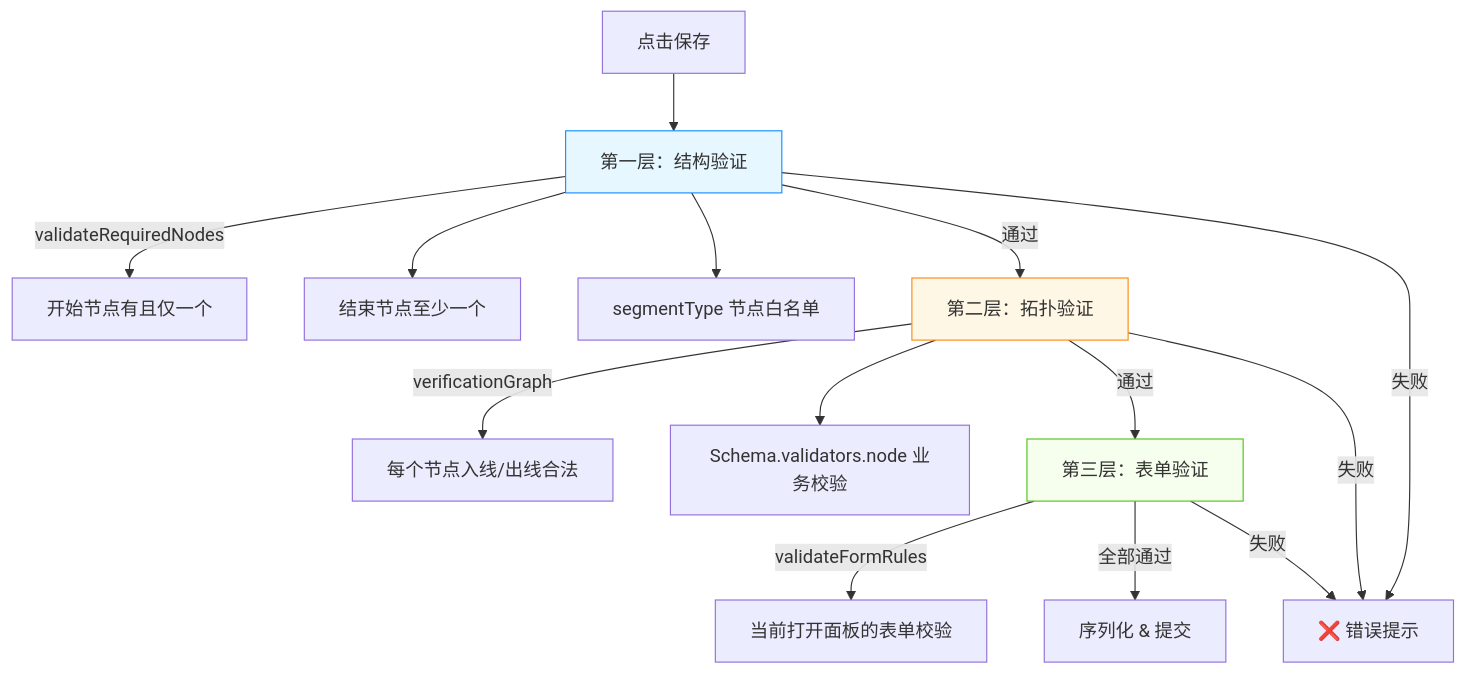
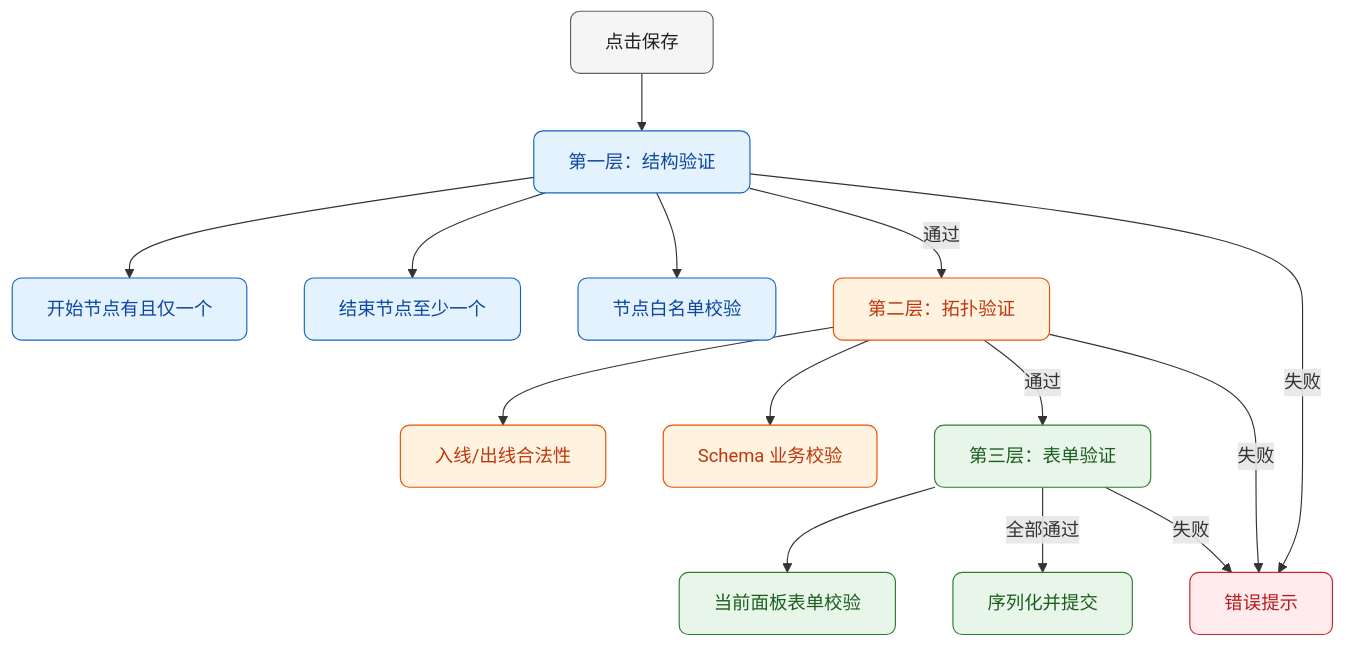
One commit to zhaoky/site changed the sixth of 11 diagrams in docs/exp/javascript/107.md. Above: the diagram before and after it, drawn with Mermaid. The commit also changed other lines of this file, not shown here.

Commit message:
feat: 更新文档，重构架构图并增强层级分离描述

````diff
--- a/docs/exp/javascript/107.md
+++ b/docs/exp/javascript/107.md
@@ -303,24 +365,34 @@
 ```mermaid
 flowchart TD
+    classDef trigger fill:#F5F5F5,stroke:#616161,rx:8,color:#212121
+    classDef l1 fill:#E3F2FD,stroke:#1565C0,rx:8,color:#0D47A1
+    classDef l2 fill:#FFF3E0,stroke:#E65100,rx:8,color:#BF360C
+    classDef l3 fill:#E8F5E9,stroke:#2E7D32,rx:8,color:#1B5E20
+    classDef ok fill:#E8F5E9,stroke:#2E7D32,rx:8,color:#1B5E20
+    classDef err fill:#FFEBEE,stroke:#C62828,rx:8,color:#B71C1C
+
     Save["点击保存"] --> L1["第一层：结构验证"]
-    L1 -->|"validateRequiredNodes"| L1a["开始节点有且仅一个"]
+    L1 --> L1a["开始节点有且仅一个"]
     L1 --> L1b["结束节点至少一个"]
-    L1 --> L1c["segmentType 节点白名单"]
+    L1 --> L1c["节点白名单校验"]
 
-    L1 -->|通过| L2["第二层：拓扑验证"]
-    L2 -->|"verificationGraph"| L2a["每个节点入线/出线合法"]
-    L2 --> L2b["Schema.validators.node 业务校验"]
+    L1 -->|"通过"| L2["第二层：拓扑验证"]
+    L2 --> L2a["入线/出线合法性"]
+    L2 --> L2b["Schema 业务校验"]
 
-    L2 -->|通过| L3["第三层：表单验证"]
-    L3 -->|"validateFormRules"| L3a["当前打开面板的表单校验"]
+    L2 -->|"通过"| L3["第三层：表单验证"]
+    L3 --> L3a["当前面板表单校验"]
 
-    L3 -->|全部通过| Submit["序列化 & 提交"]
+    L3 -->|"全部通过"| Submit["序列化并提交"]
 
-    L1 -->|失败| Err["❌ 错误提示"]
-    L2 -->|失败| Err
-    L3 -->|失败| Err
+    L1 -->|"失败"| Err["错误提示"]
+    L2 -->|"失败"| Err
+    L3 -->|"失败"| Err
 
-    style L1 fill:#e6f7ff,stroke:#1890ff
-    style L2 fill:#fff7e6,stroke:#fa8c16
-    style L3 fill:#f6ffed,stroke:#52c41a
+    class Save trigger
+    class L1,L1a,L1b,L1c l1
+    class L2,L2a,L2b l2
+    class L3,L3a l3
+    class Submit ok
+    class Err err
 ```
````
